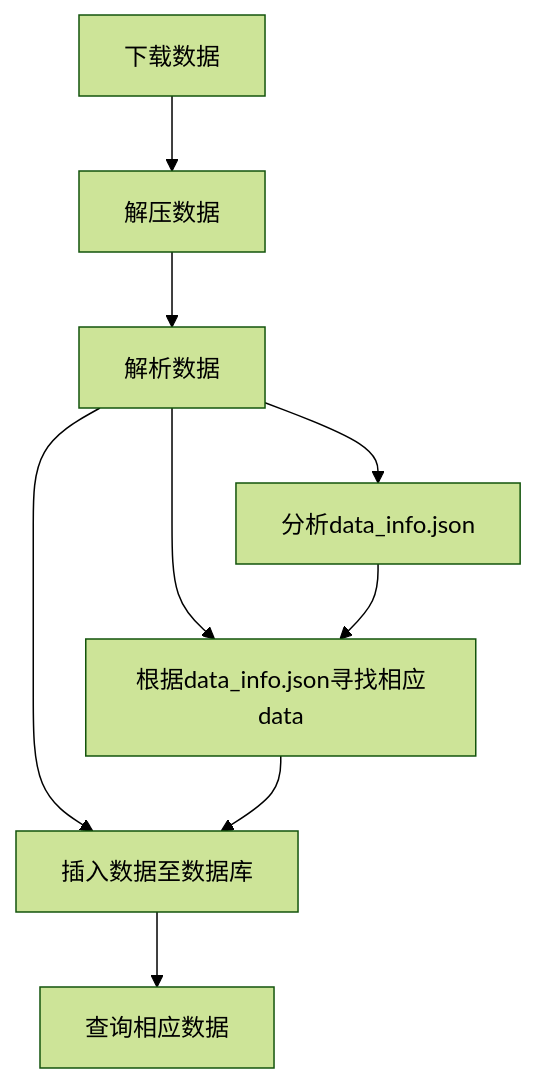
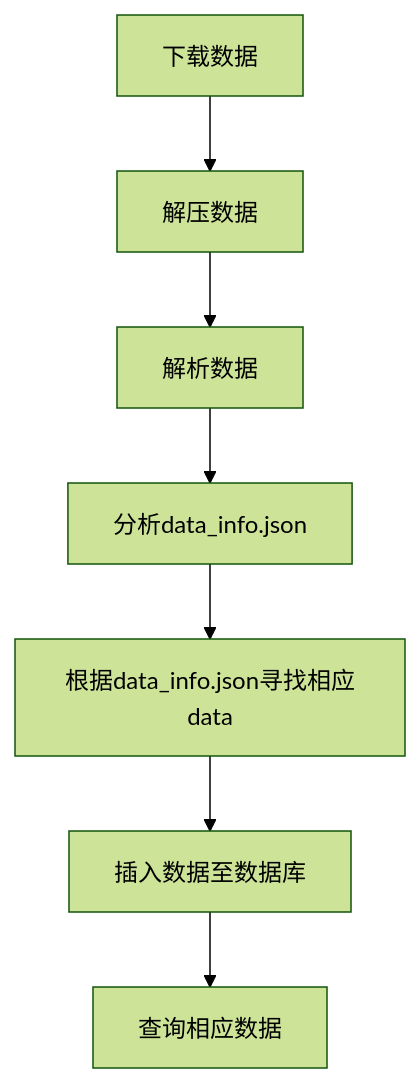
Before and after one commit to linyihan9/2024_trainning: the first of 2 diagrams in HomeWork/README.MD, drawn with Mermaid (forest theme). The commit also changed other lines of this file, not shown here.

````diff
--- a/HomeWork/README.MD
+++ b/HomeWork/README.MD
@@ -6,11 +3,9 @@
 ```mermaid
 graph TD;
 下载数据-->解压数据;
 解压数据-->解析数据;
 解析数据-->分析data_info.json;
-解析数据-->根据data_info.json寻找相应data;
-解析数据-->插入数据至数据库;	
 分析data_info.json-->根据data_info.json寻找相应data;
 根据data_info.json寻找相应data-->插入数据至数据库;	
 插入数据至数据库-->查询相应数据;
 ```
````
